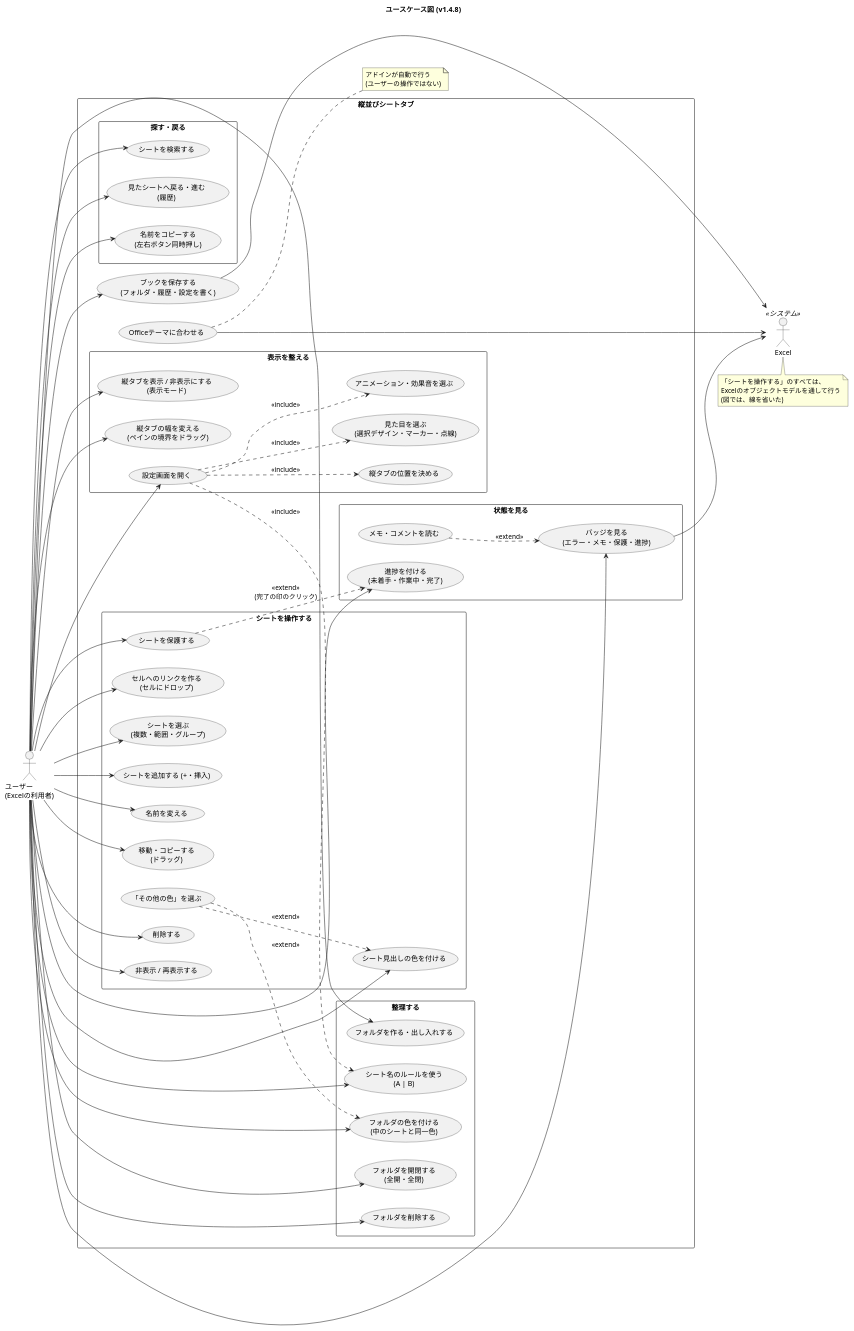
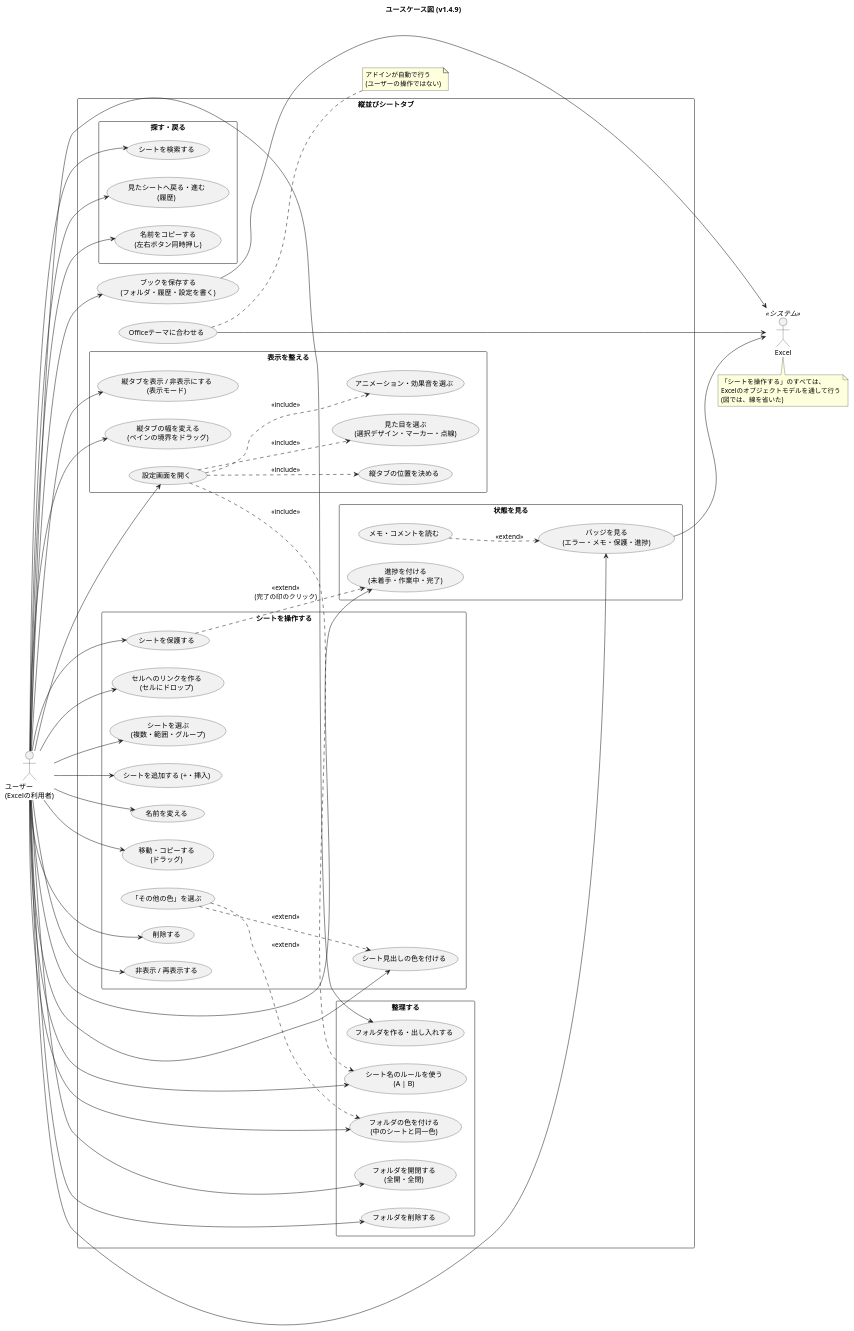
One commit to nk-taka623/VerticalSheetTabs changed the diagram in docs/usecase.puml. Above: the diagram before and after it, drawn with PlantUML. The commit also changed 14 other files, not shown here.

Commit message:
v1.4.9 にする (バージョン、README の変更点、設計図の版数)

```diff
--- a/docs/usecase.puml
+++ b/docs/usecase.puml
@@ -1,105 +1,105 @@
 @startuml
-title ユースケース図 (v1.4.8)
+title ユースケース図 (v1.4.9)
 left to right direction
 skinparam shadowing false
 skinparam packageStyle rectangle
 
 actor "ユーザー\n(Excelの利用者)" as U
 actor "Excel" as XL <<システム>>
 
 rectangle "縦並びシートタブ" {
 
   package "シートを操作する" {
     usecase "シートを選ぶ\n(複数・範囲・グループ)" as UC_SEL
     usecase "シートを追加する (+・挿入)" as UC_ADD
     usecase "名前を変える" as UC_REN
     usecase "移動・コピーする\n(ドラッグ)" as UC_MOVE
     usecase "削除する" as UC_DEL
     usecase "非表示 / 再表示する" as UC_HIDE
     usecase "シート見出しの色を付ける" as UC_COLOR
     usecase "「その他の色」を選ぶ" as UC_MORE
     usecase "シートを保護する" as UC_PROT
     usecase "セルへのリンクを作る\n(セルにドロップ)" as UC_LINK
   }
 
   package "整理する" {
     usecase "フォルダを作る・出し入れする" as UC_FOLDER
     usecase "フォルダを開閉する\n(全開・全閉)" as UC_TOGGLE
     usecase "フォルダの色を付ける\n(中のシートと同一色)" as UC_FCOLOR
     usecase "フォルダを削除する" as UC_FDEL
     usecase "シート名のルールを使う\n(A | B)" as UC_RULE
   }
 
   package "探す・戻る" {
     usecase "シートを検索する" as UC_SEARCH
     usecase "見たシートへ戻る・進む\n(履歴)" as UC_HIST
     usecase "名前をコピーする\n(左右ボタン同時押し)" as UC_COPY
   }
 
   package "状態を見る" {
     usecase "バッジを見る\n(エラー・メモ・保護・進捗)" as UC_BADGE
     usecase "メモ・コメントを読む" as UC_MEMO
     usecase "進捗を付ける\n(未着手・作業中・完了)" as UC_PROG
   }
 
   package "表示を整える" {
     usecase "縦タブを表示 / 非表示にする\n(表示モード)" as UC_MODE
     usecase "縦タブの位置を決める" as UC_SIDE
     usecase "縦タブの幅を変える\n(ペインの境界をドラッグ)" as UC_WIDTH
     usecase "設定画面を開く" as UC_SET
     usecase "見た目を選ぶ\n(選択デザイン・マーカー・点線)" as UC_LOOK
     usecase "アニメーション・効果音を選ぶ" as UC_ANIM
   }
 
   usecase "ブックを保存する\n(フォルダ・履歴・設定を書く)" as UC_SAVE
   usecase "Officeテーマに合わせる" as UC_THEME
 }
 
 U --> UC_SEL
 U --> UC_ADD
 U --> UC_REN
 U --> UC_MOVE
 U --> UC_DEL
 U --> UC_HIDE
 U --> UC_COLOR
 U --> UC_PROT
 U --> UC_LINK
 U --> UC_FOLDER
 U --> UC_TOGGLE
 U --> UC_FCOLOR
 U --> UC_FDEL
 U --> UC_RULE
 U --> UC_SEARCH
 U --> UC_HIST
 U --> UC_COPY
 U --> UC_BADGE
 U --> UC_PROG
 U --> UC_MODE
 U --> UC_WIDTH
 U --> UC_SET
 U --> UC_SAVE
 
 UC_MORE ..> UC_COLOR : <<extend>>
 UC_MORE ..> UC_FCOLOR : <<extend>>
 UC_MEMO ..> UC_BADGE : <<extend>>
 UC_PROT ..> UC_PROG : <<extend>>\n(完了の印のクリック)
 UC_SET ..> UC_SIDE : <<include>>
 UC_SET ..> UC_LOOK : <<include>>
 UC_SET ..> UC_ANIM : <<include>>
 UC_SET ..> UC_RULE : <<include>>
 
 UC_SAVE --> XL
 UC_THEME --> XL
 UC_BADGE --> XL
 
 note bottom of XL
   「シートを操作する」のすべては、
   Excelのオブジェクトモデルを通して行う
   (図では、線を省いた)
 end note
 
 note right of UC_THEME
   アドインが自動で行う
   (ユーザーの操作ではない)
 end note
 @enduml
```
